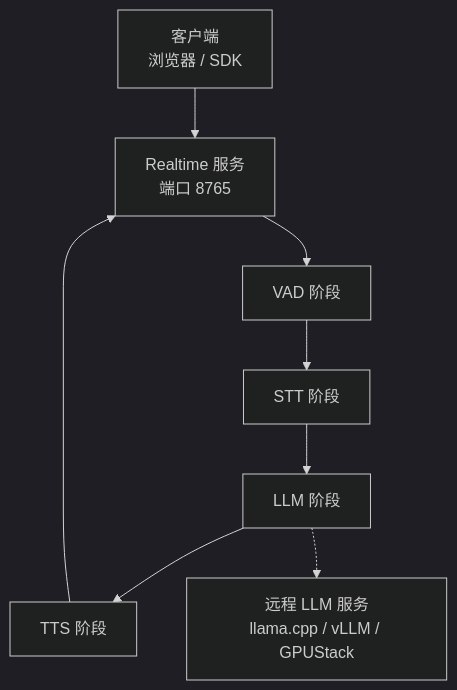
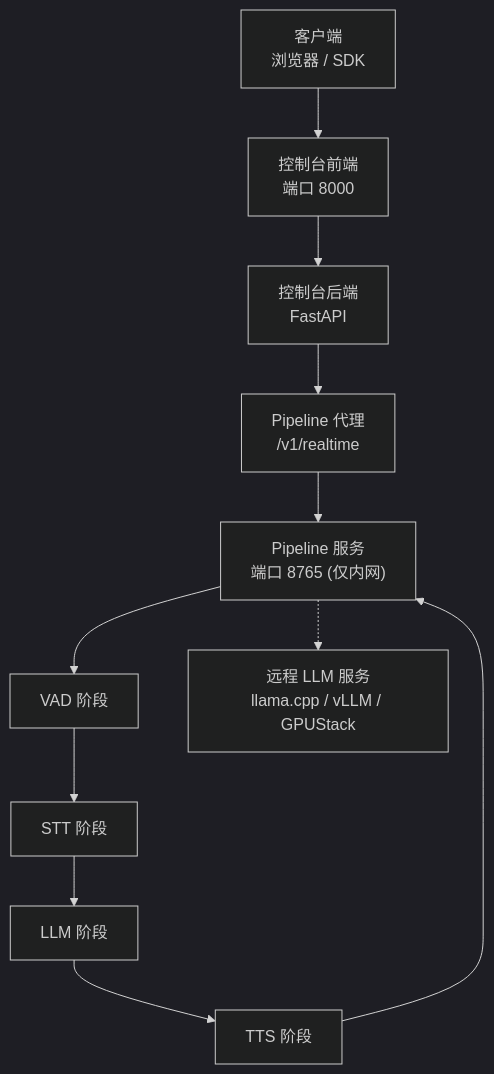
Before and after one commit to joezxh/speech-to-speech: the first of 5 diagrams in .qoder/repowiki/zh/content/部署和运维.md, drawn with Mermaid (dark theme). The commit also changed other lines of this file and 1743 other files, not shown here.

````diff
--- a/.qoder/repowiki/zh/content/部署和运维.md
+++ b/.qoder/repowiki/zh/content/部署和运维.md
@@ -43,10 +61,13 @@
 ```mermaid
 graph TB
-A["客户端<br/>浏览器 / SDK"] --> B["Realtime 服务<br/>端口 8765"]
-B --> C["VAD 阶段"]
-C --> D["STT 阶段"]
-D --> E["LLM 阶段"]
-E --> F["TTS 阶段"]
-F --> B
-E -.-> G["远程 LLM 服务<br/>llama.cpp / vLLM / GPUStack"]
+A["客户端<br/>浏览器 / SDK"] --> B["控制台前端<br/>端口 8000"]
+B --> C["控制台后端<br/>FastAPI"]
+C --> D["Pipeline 代理<br/>/v1/realtime"]
+D --> E["Pipeline 服务<br/>端口 8765 (仅内网)"]
+E --> F["VAD 阶段"]
+F --> G["STT 阶段"]
+G --> H["LLM 阶段"]
+H --> I["TTS 阶段"]
+I --> E
+E -.-> J["远程 LLM 服务<br/>llama.cpp / vLLM / GPUStack"]
 ```
````
